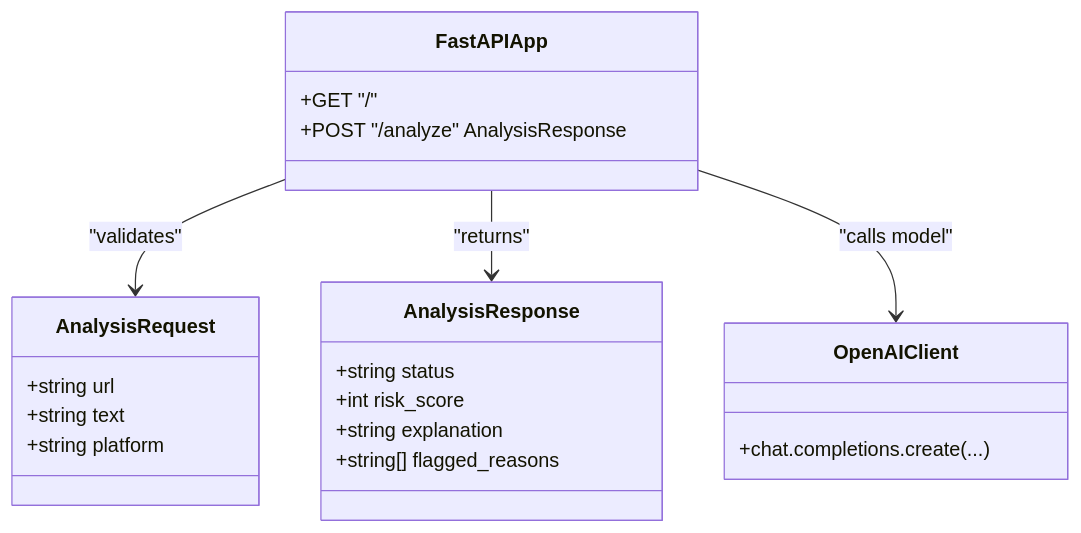
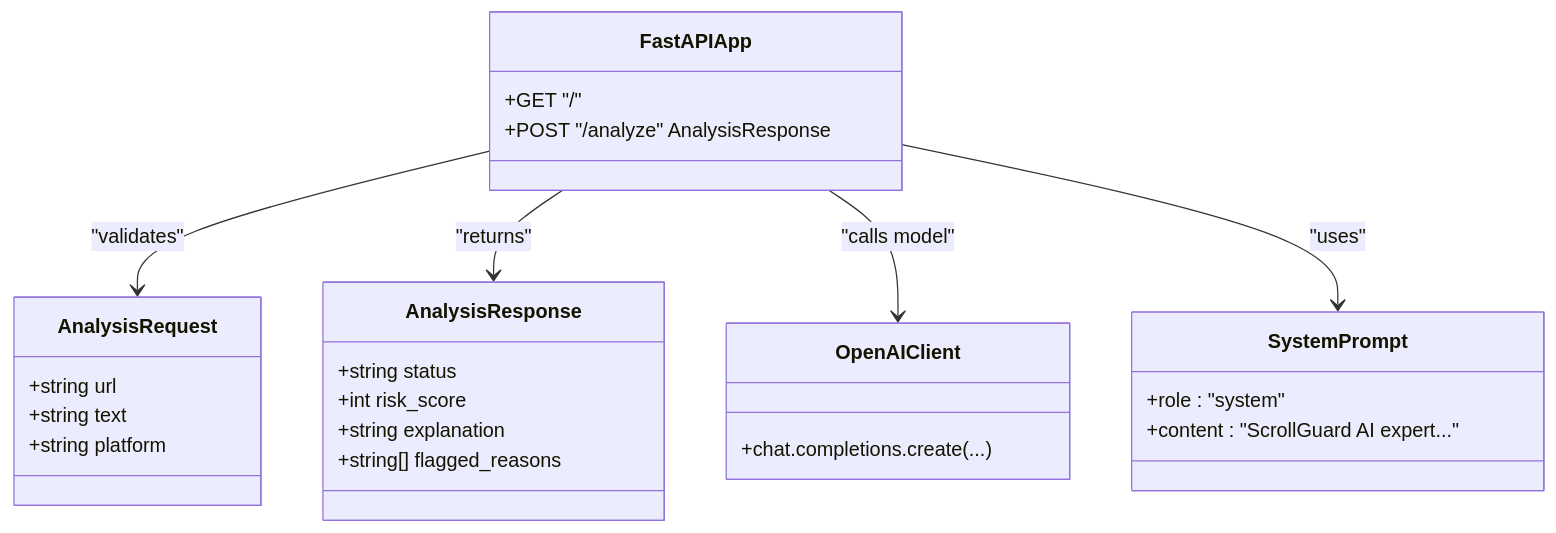
Before and after one commit to Aymanaahh/scrollguard-ai: the sixth of 9 diagrams in .qoder/repowiki/en/content/Threat Detection Engine.md, drawn with Mermaid. The commit also changed other lines of this file and 38 other files, not shown here.

````diff
--- a/.qoder/repowiki/en/content/Threat Detection Engine.md
+++ b/.qoder/repowiki/en/content/Threat Detection Engine.md
@@ -150,24 +291,29 @@
 ```mermaid
 classDiagram
 class AnalysisRequest {
 +string url
 +string text
 +string platform
 }
 class AnalysisResponse {
 +string status
 +int risk_score
 +string explanation
 +string[] flagged_reasons
 }
 class FastAPIApp {
 +GET "/"
 +POST "/analyze" AnalysisResponse
 }
 class OpenAIClient {
 +chat.completions.create(...)
 }
+class SystemPrompt {
++role : "system"
++content : "ScrollGuard AI expert..."
+}
 FastAPIApp --> AnalysisRequest : "validates"
 FastAPIApp --> AnalysisResponse : "returns"
 FastAPIApp --> OpenAIClient : "calls model"
+FastAPIApp --> SystemPrompt : "uses"
 ```
````
